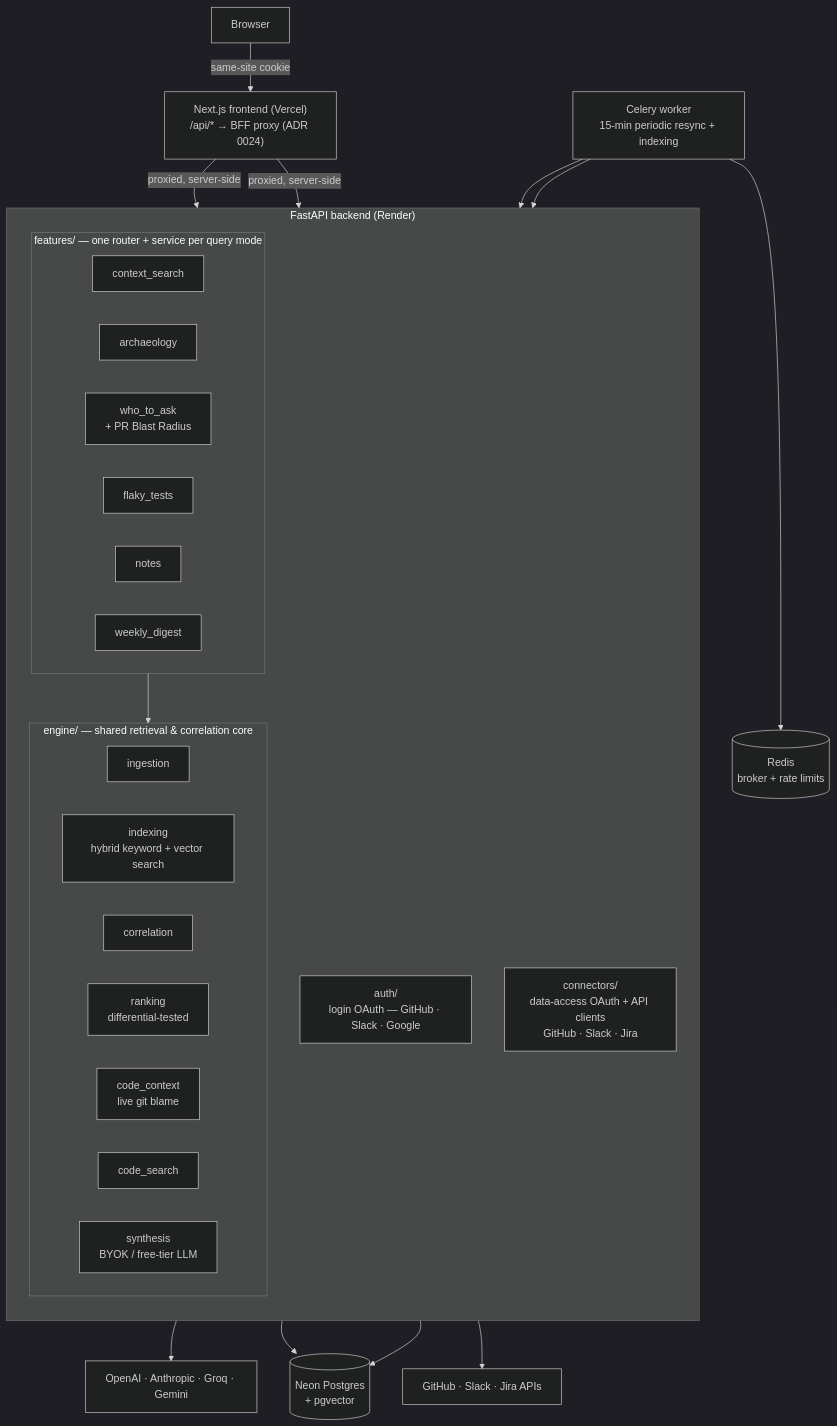
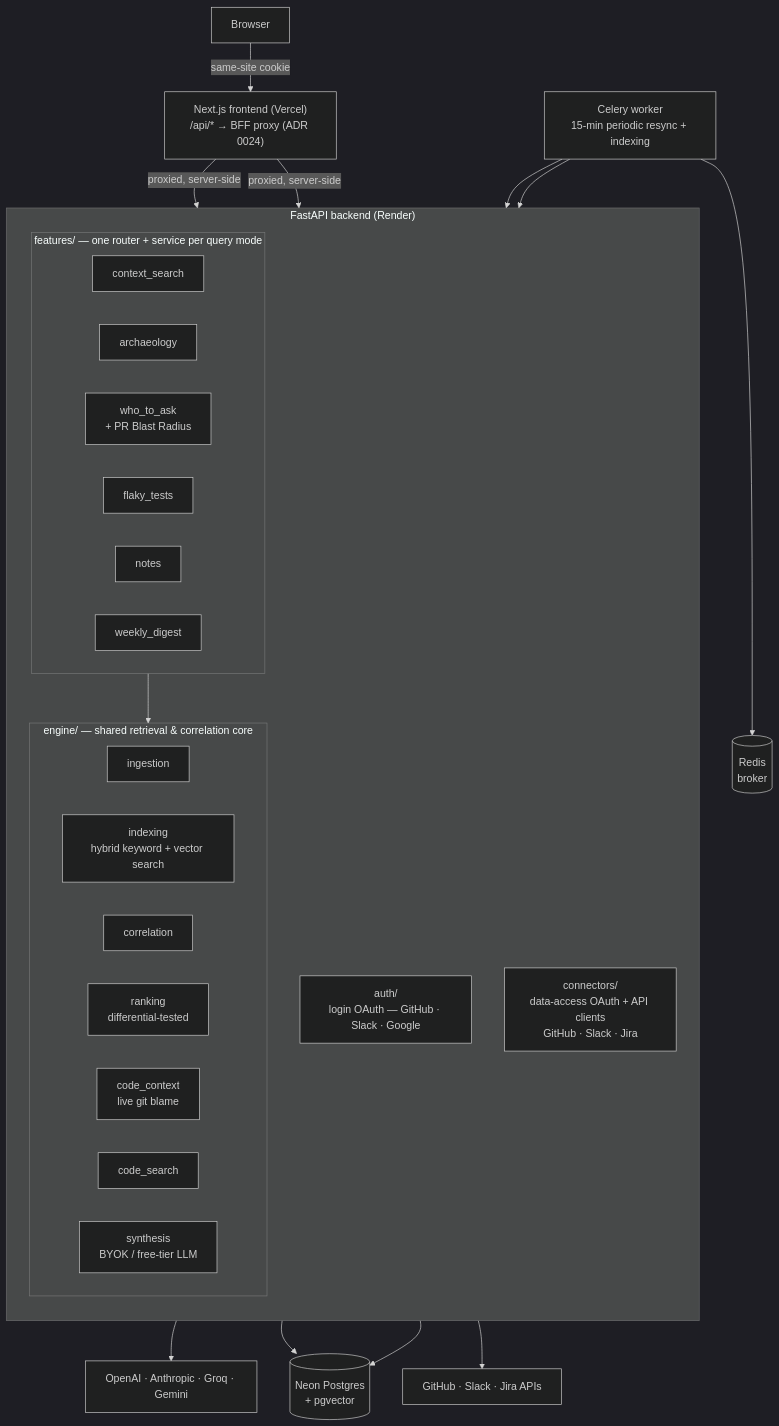
One commit to kankaniakshat185/Relay changed the diagram in README.md. Above: the diagram before and after it, drawn with Mermaid (dark theme). The commit also changed other lines of this file and 2 other files, not shown here.

````diff
--- a/README.md
+++ b/README.md
@@ -58,52 +33,52 @@
 ```mermaid
 flowchart TB
     Browser["Browser"]
     Frontend["Next.js frontend (Vercel)<br/>/api/* → BFF proxy (ADR 0024)"]
 
     subgraph API["FastAPI backend (Render)"]
         direction TB
         Auth["auth/<br/>login OAuth — GitHub · Slack · Google"]
         Connectors["connectors/<br/>data-access OAuth + API clients<br/>GitHub · Slack · Jira"]
 
         subgraph Features["features/ — one router + service per query mode"]
             direction LR
             CS["context_search"]
             Arch["archaeology"]
             WTA["who_to_ask<br/>+ PR Blast Radius"]
             FT["flaky_tests"]
             Notes["notes"]
             WD["weekly_digest"]
         end
 
         subgraph Engine["engine/ — shared retrieval & correlation core"]
             direction LR
             Ingestion["ingestion"]
             Indexing["indexing<br/>hybrid keyword + vector search"]
             Correlation["correlation"]
             Ranking["ranking<br/>differential-tested"]
             CodeContext["code_context<br/>live git blame"]
             CodeSearch["code_search"]
             Synthesis["synthesis<br/>BYOK / free-tier LLM"]
         end
     end
 
     Worker["Celery worker<br/>15-min periodic resync + indexing"]
 
     DB[("Neon Postgres<br/>+ pgvector")]
-    Cache[("Redis<br/>broker + rate limits")]
+    Cache[("Redis<br/>broker")]
 
     Providers["GitHub · Slack · Jira APIs"]
     LLMs["OpenAI · Anthropic · Groq · Gemini"]
 
     Browser -->|same-site cookie| Frontend
     Frontend -->|proxied, server-side| Auth
     Frontend -->|proxied, server-side| Features
     Features --> Engine
     Connectors --> Providers
     Auth --> DB
     Engine --> DB
     Worker --> Connectors
     Worker --> Engine
     Worker --> Cache
     Engine --> LLMs
 ```
````
